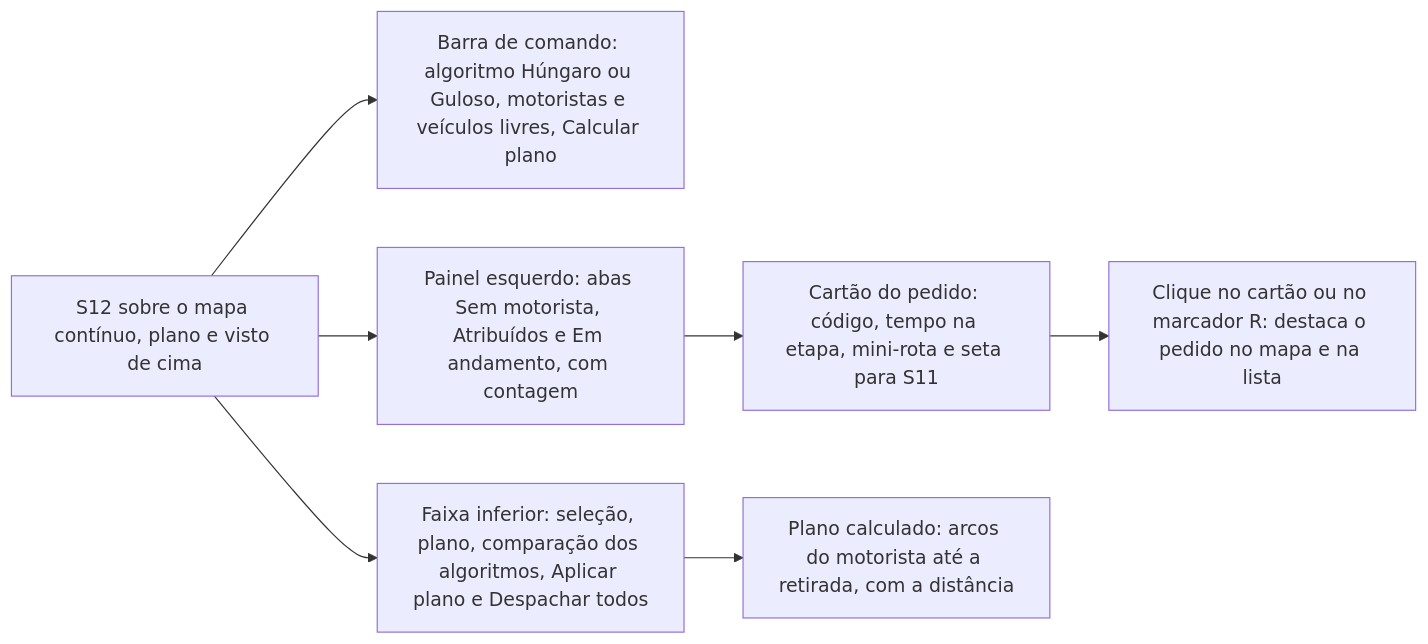
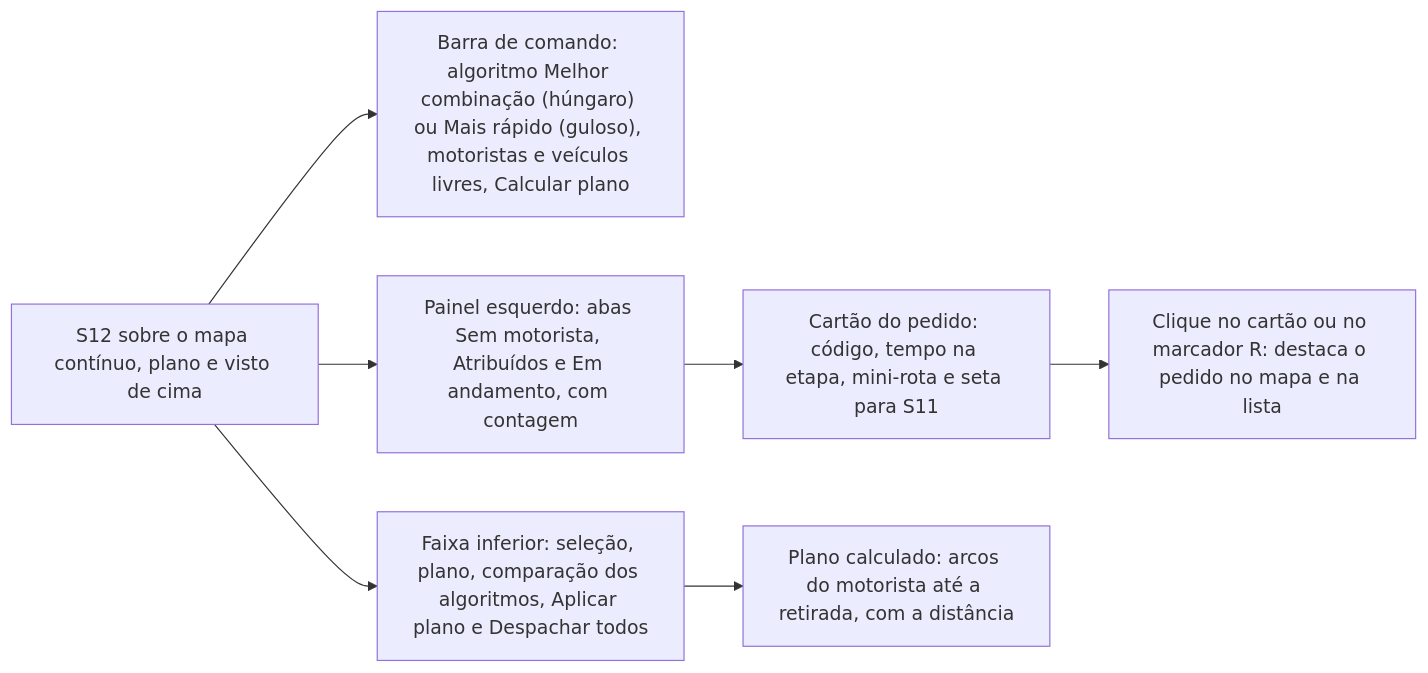
The fifth of 9 diagrams in docs/flows/frontend/flow-pedido-telas.md (Edryck/kj-fleets), drawn with Mermaid before and after one commit. The commit also changed 13 other files, not shown here.

````diff
--- a/docs/flows/frontend/flow-pedido-telas.md
+++ b/docs/flows/frontend/flow-pedido-telas.md
@@ -88,9 +88,9 @@
 ```mermaid
 flowchart LR
-    D["S12 sobre o mapa contínuo, plano e visto de cima"] --> CMD["Barra de comando: algoritmo Húngaro ou Guloso, motoristas e veículos livres, Calcular plano"]
+    D["S12 sobre o mapa contínuo, plano e visto de cima"] --> CMD["Barra de comando: algoritmo Melhor combinação (húngaro) ou Mais rápido (guloso), motoristas e veículos livres, Calcular plano"]
     D --> Q["Painel esquerdo: abas Sem motorista, Atribuídos e Em andamento, com contagem"]
     D --> TR["Faixa inferior: seleção, plano, comparação dos algoritmos, Aplicar plano e Despachar todos"]
     Q --> CA["Cartão do pedido: código, tempo na etapa, mini-rota e seta para S11"]
     CA --> MK["Clique no cartão ou no marcador R: destaca o pedido no mapa e na lista"]
     TR --> ARC["Plano calculado: arcos do motorista até a retirada, com a distância"]
 ```
````
